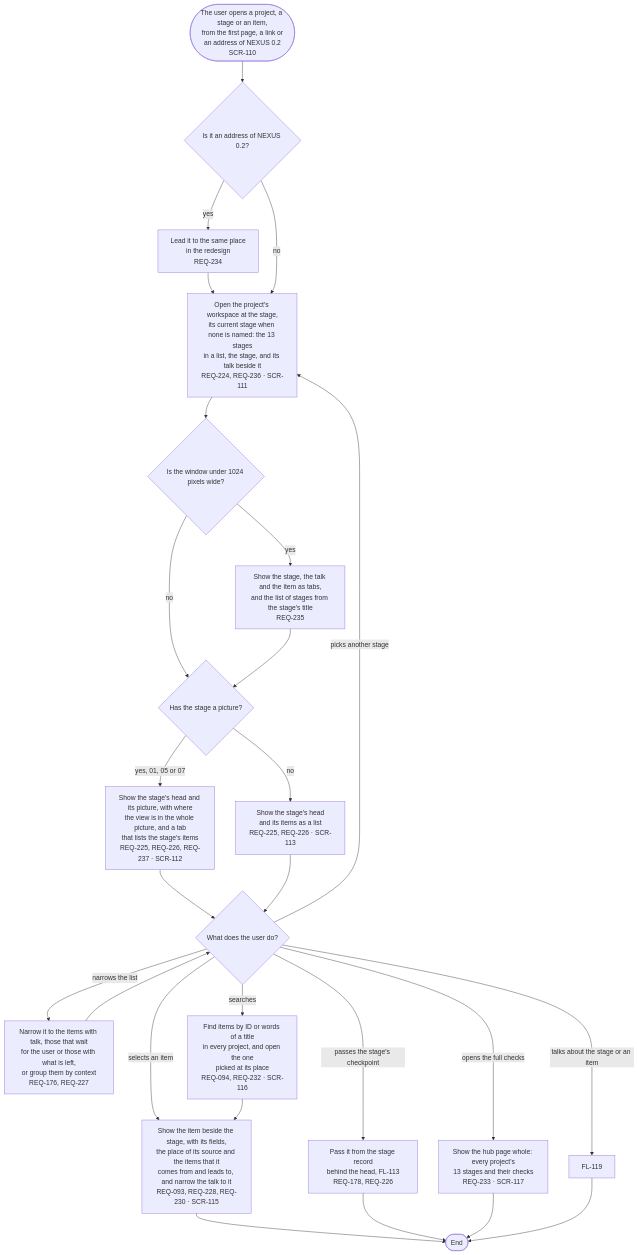
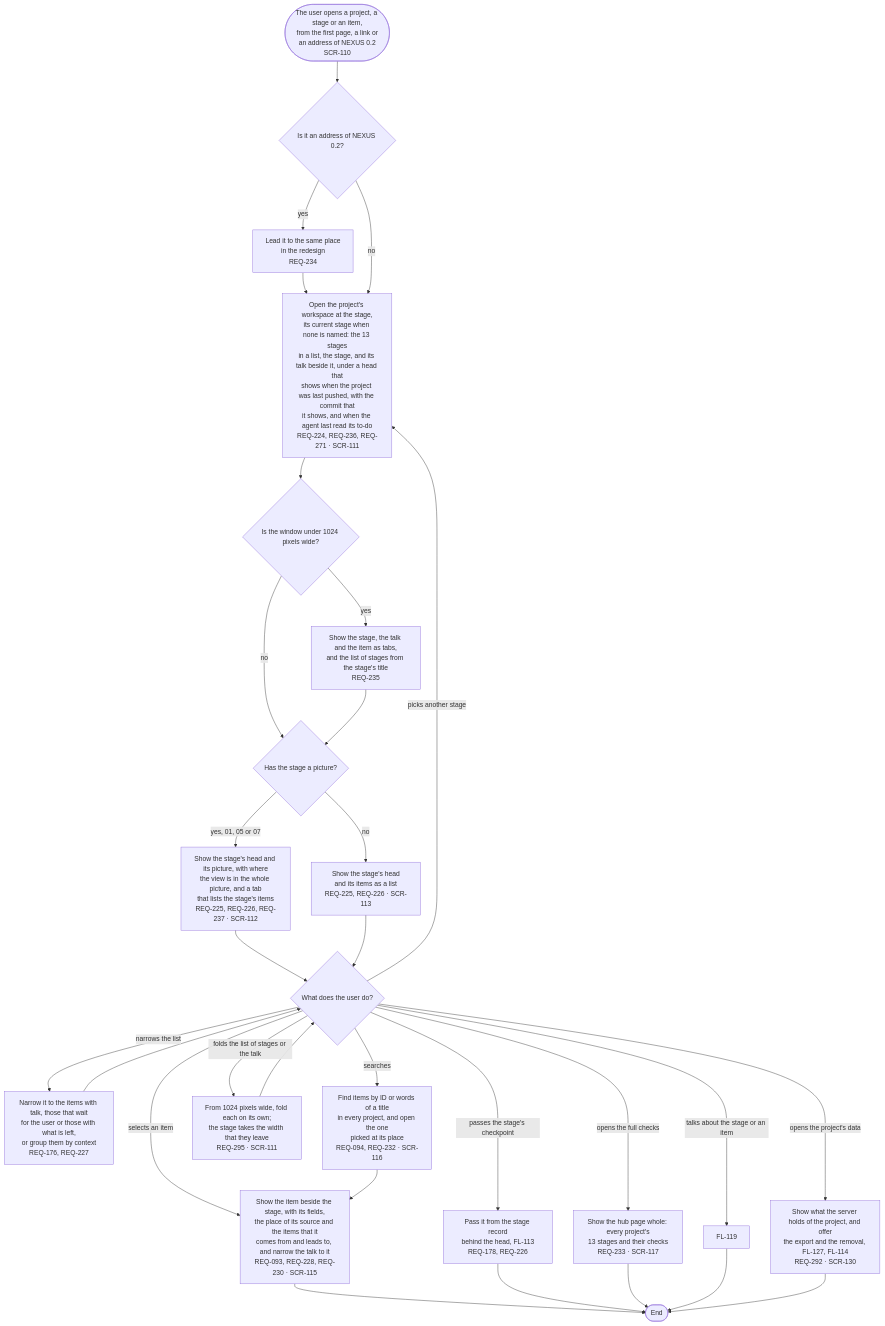
One commit to kodonghui/corthex-nexus changed the diagram in docs/03-user-flow/nexus/FL-118-find-the-way-in-a-project.md. Above: the diagram before and after it, drawn with Mermaid. The commit also changed other lines of this file and 43 other files, not shown here.

````diff
--- a/docs/03-user-flow/nexus/FL-118-find-the-way-in-a-project.md
+++ b/docs/03-user-flow/nexus/FL-118-find-the-way-in-a-project.md
@@ -9,28 +9,32 @@
 ```mermaid
 flowchart TD
   A(["The user opens a project, a stage or an item,<br/>from the first page, a link or<br/>an address of NEXUS 0.2<br/>SCR-110"]) --> B{"Is it an address of NEXUS 0.2?"}
   B -->|yes| B1["Lead it to the same place<br/>in the redesign<br/>REQ-234"]
   B1 --> C
-  B -->|no| C["Open the project's workspace at the stage,<br/>its current stage when none is named: the 13 stages<br/>in a list, the stage, and its talk beside it<br/>REQ-224, REQ-236 · SCR-111"]
+  B -->|no| C["Open the project's workspace at the stage,<br/>its current stage when none is named: the 13 stages<br/>in a list, the stage, and its talk beside it, under a head that<br/>shows when the project was last pushed, with the commit that<br/>it shows, and when the agent last read its to-do<br/>REQ-224, REQ-236, REQ-271 · SCR-111"]
   C --> W{"Is the window under 1024 pixels wide?"}
   W -->|yes| W1["Show the stage, the talk and the item as tabs,<br/>and the list of stages from the stage's title<br/>REQ-235"]
   W -->|no| D
   W1 --> D{"Has the stage a picture?"}
   D -->|yes, 01, 05 or 07| E["Show the stage's head and its picture, with where<br/>the view is in the whole picture, and a tab<br/>that lists the stage's items<br/>REQ-225, REQ-226, REQ-237 · SCR-112"]
   D -->|no| F["Show the stage's head<br/>and its items as a list<br/>REQ-225, REQ-226 · SCR-113"]
   E --> G{"What does the user do?"}
   F --> G
   G -->|narrows the list| H["Narrow it to the items with talk, those that wait<br/>for the user or those with what is left,<br/>or group them by context<br/>REQ-176, REQ-227"]
   H --> G
   G -->|selects an item| I["Show the item beside the stage, with its fields,<br/>the place of its source and the items that it<br/>comes from and leads to, and narrow the talk to it<br/>REQ-093, REQ-228, REQ-230 · SCR-115"]
   I --> Z(["End"])
   G -->|picks another stage| C
   G -->|searches| J["Find items by ID or words of a title<br/>in every project, and open the one<br/>picked at its place<br/>REQ-094, REQ-232 · SCR-116"]
   J --> I
   G -->|passes the stage's checkpoint| K["Pass it from the stage record<br/>behind the head, FL-113<br/>REQ-178, REQ-226"]
   K --> Z
   G -->|opens the full checks| L["Show the hub page whole: every project's<br/>13 stages and their checks<br/>REQ-233 · SCR-117"]
   L --> Z
   G -->|talks about the stage or an item| M["FL-119"]
   M --> Z
+  G -->|folds the list of stages or the talk| N["From 1024 pixels wide, fold each on its own;<br/>the stage takes the width that they leave<br/>REQ-295 · SCR-111"]
+  N --> G
+  G -->|opens the project's data| O["Show what the server holds of the project, and offer<br/>the export and the removal, FL-127, FL-114<br/>REQ-292 · SCR-130"]
+  O --> Z
 ```
````
